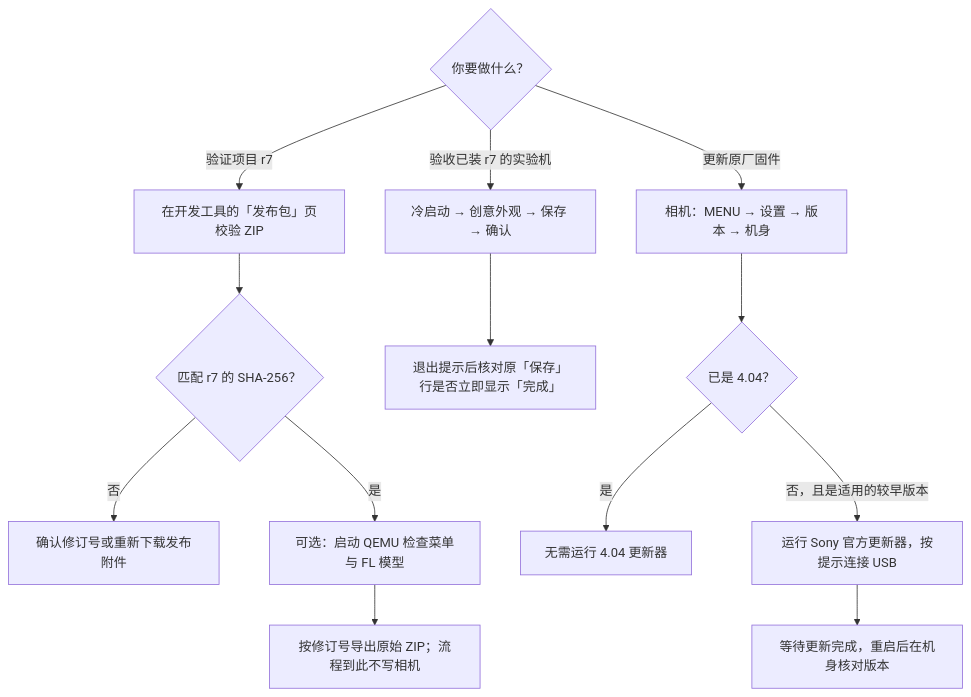
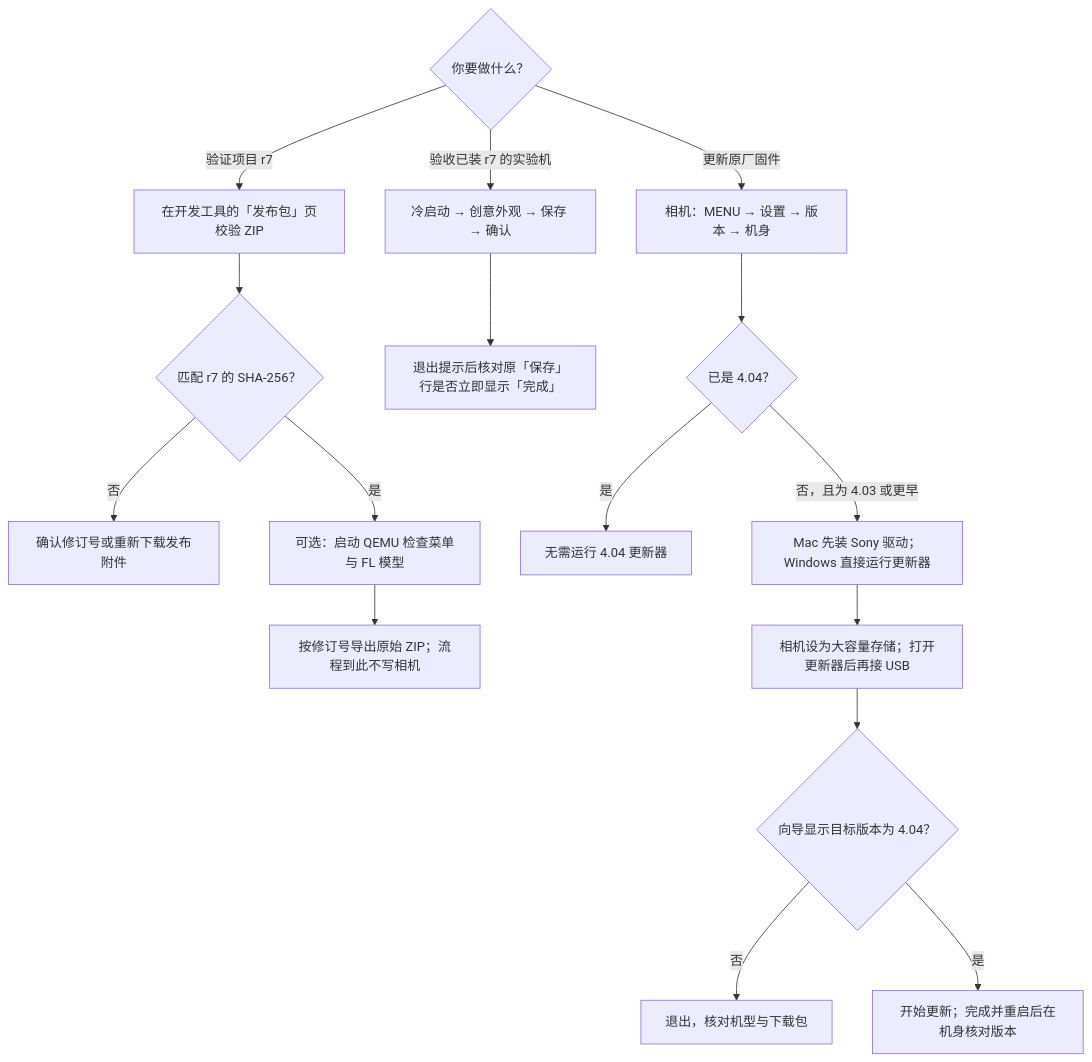
One commit to robinshie/Sony_A7M3 changed the diagram in docs/release-workflow.md. Above: the diagram before and after it, drawn with Mermaid. The commit also changed other lines of this file, not shown here.

Commit message:
Expand A7M3 setup and USB update instructions

````diff
--- a/docs/release-workflow.md
+++ b/docs/release-workflow.md
@@ -5,18 +5,21 @@
 ```mermaid
 flowchart TD
     A{"你要做什么？"}
     A -->|"验证项目 r7"| P["在开发工具的「发布包」页校验 ZIP"]
     P --> B{"匹配 r7 的 SHA-256？"}
     B -->|"否"| X["确认修订号或重新下载发布附件"]
     B -->|"是"| Q["可选：启动 QEMU 检查菜单与 FL 模型"]
     Q --> E["按修订号导出原始 ZIP；流程到此不写相机"]
 
     A -->|"验收已装 r7 的实验机"| I["冷启动 → 创意外观 → 保存 → 确认"]
     I --> J["退出提示后核对原「保存」行是否立即显示「完成」"]
 
     A -->|"更新原厂固件"| V["相机：MENU → 设置 → 版本 → 机身"]
     V --> C{"已是 4.04？"}
     C -->|"是"| N["无需运行 4.04 更新器"]
-    C -->|"否，且是适用的较早版本"| S["运行 Sony 官方更新器，按提示连接 USB"]
-    S --> R["等待更新完成，重启后在机身核对版本"]
+    C -->|"否，且为 4.03 或更早"| S["Mac 先装 Sony 驱动；Windows 直接运行更新器"]
+    S --> U["相机设为大容量存储；打开更新器后再接 USB"]
+    U --> T{"向导显示目标版本为 4.04？"}
+    T -->|"否"| X2["退出，核对机型与下载包"]
+    T -->|"是"| R["开始更新；完成并重启后在机身核对版本"]
 ```
````
